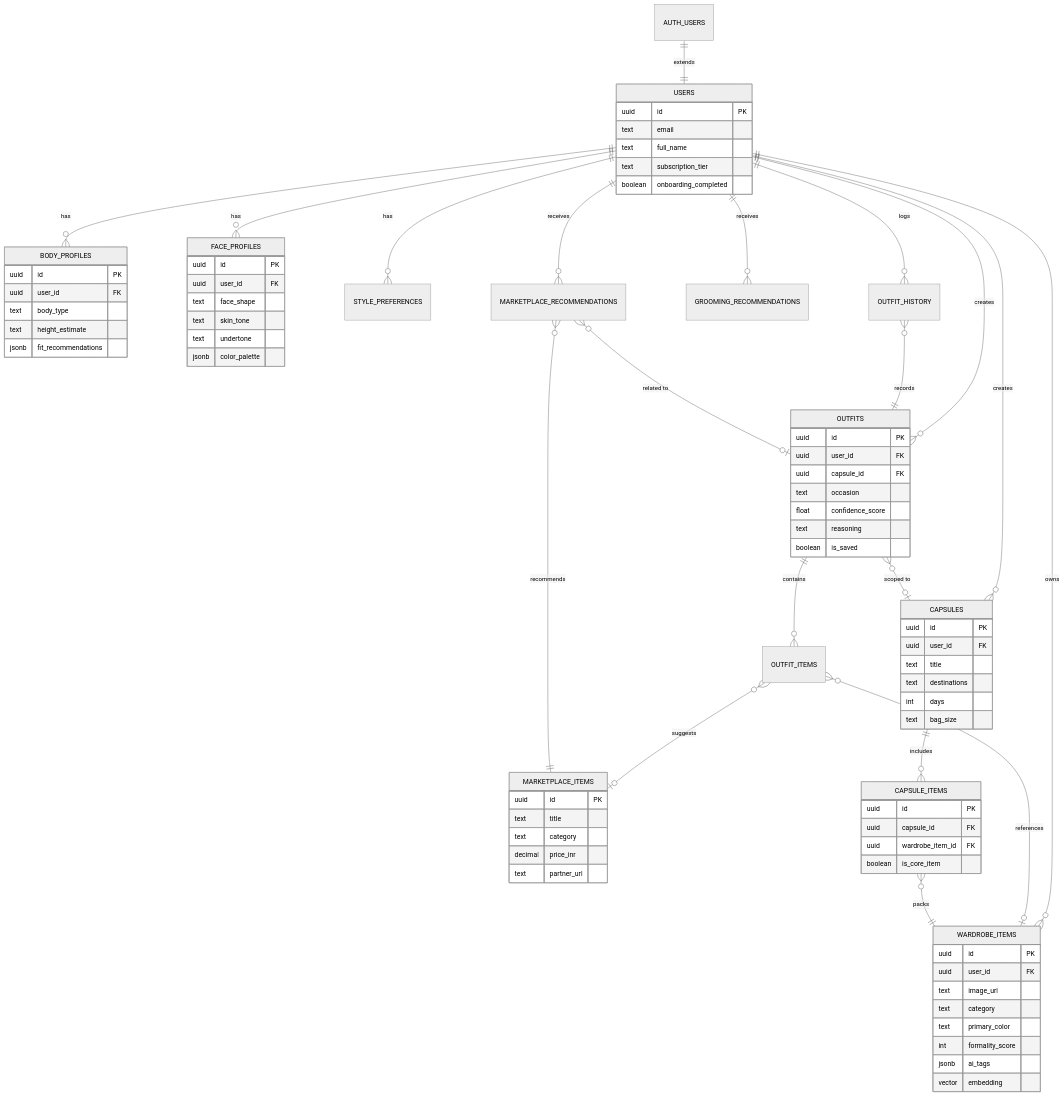
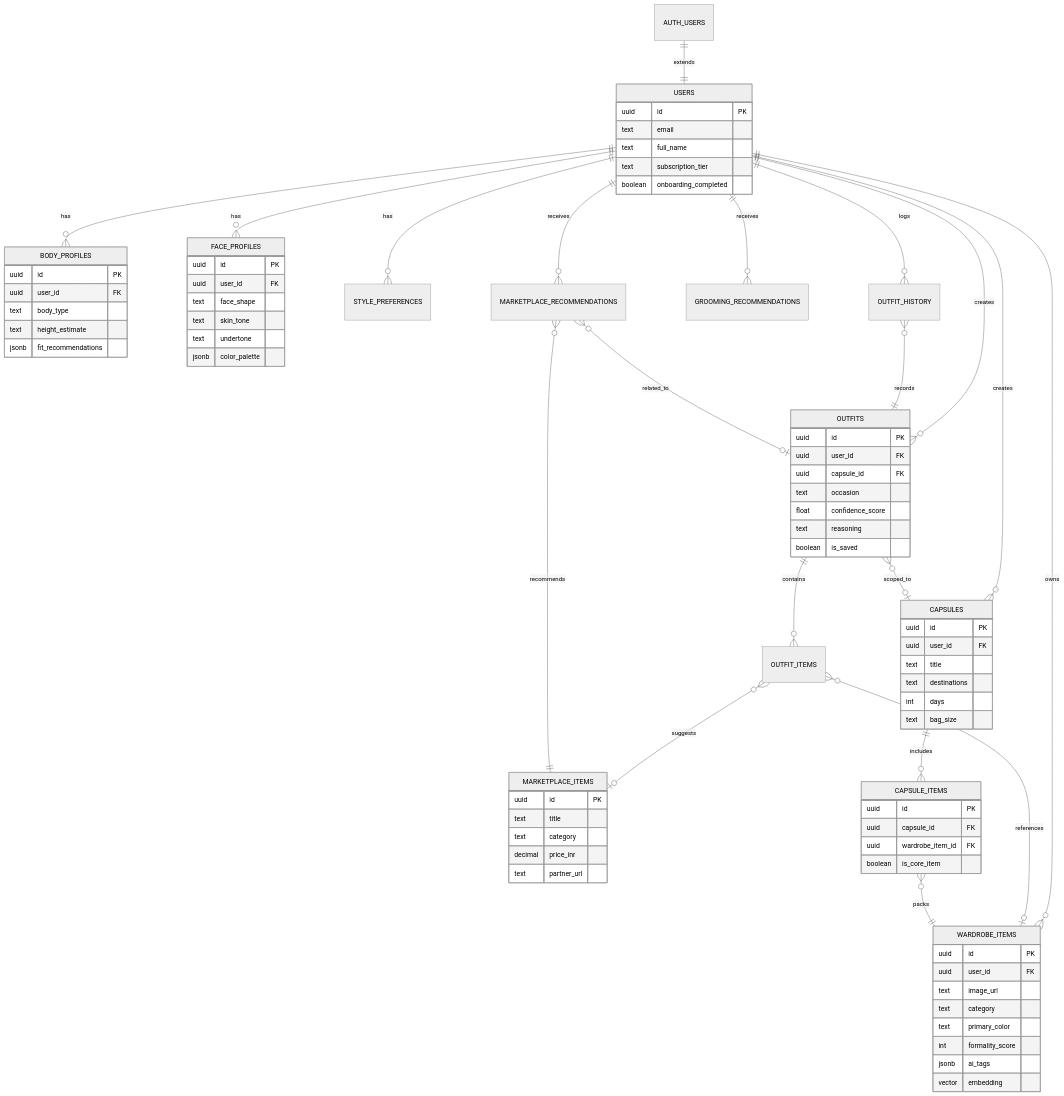
Before and after one commit to ompurwar/grooming-os: the third of 12 diagrams in docs/ARCHITECTURE.md, drawn with Mermaid (neutral theme). The commit also changed other lines of this file and 8 other files, not shown here.

Commit message:
fix: resolve Mermaid parse errors in architecture diagrams

```diff
--- a/docs/ARCHITECTURE.md
+++ b/docs/ARCHITECTURE.md
@@ -132,14 +132,14 @@
     OUTFITS ||--o{ OUTFIT_ITEMS : "contains"
     OUTFIT_ITEMS }o--o| WARDROBE_ITEMS : "references"
     OUTFIT_ITEMS }o--o| MARKETPLACE_ITEMS : "suggests"
-    OUTFITS }o--o| CAPSULES : "scoped to"
+    OUTFITS }o--o| CAPSULES : "scoped_to"
     OUTFIT_HISTORY }o--|| OUTFITS : "records"
 
     CAPSULES ||--o{ CAPSULE_ITEMS : "includes"
     CAPSULE_ITEMS }o--|| WARDROBE_ITEMS : "packs"
 
     MARKETPLACE_RECOMMENDATIONS }o--|| MARKETPLACE_ITEMS : "recommends"
-    MARKETPLACE_RECOMMENDATIONS }o--o| OUTFITS : "related to"
+    MARKETPLACE_RECOMMENDATIONS }o--o| OUTFITS : "related_to"
 
     USERS {
         uuid id PK
```
